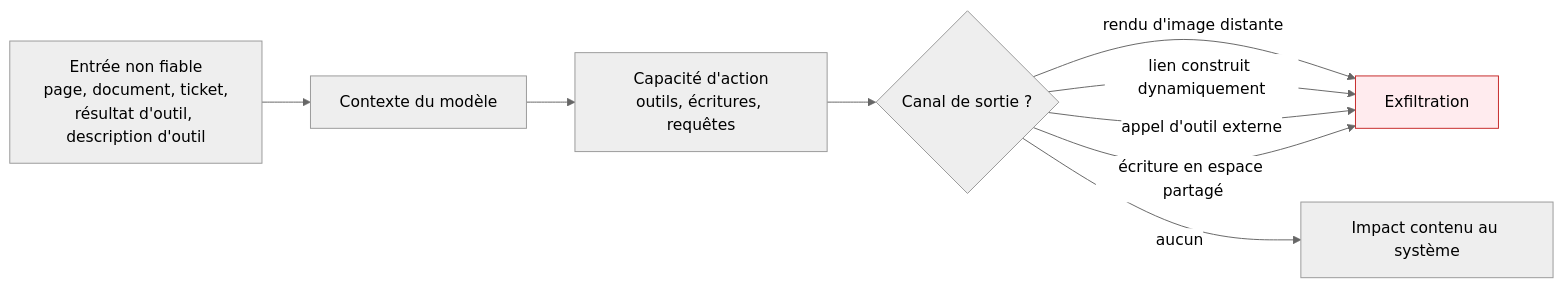
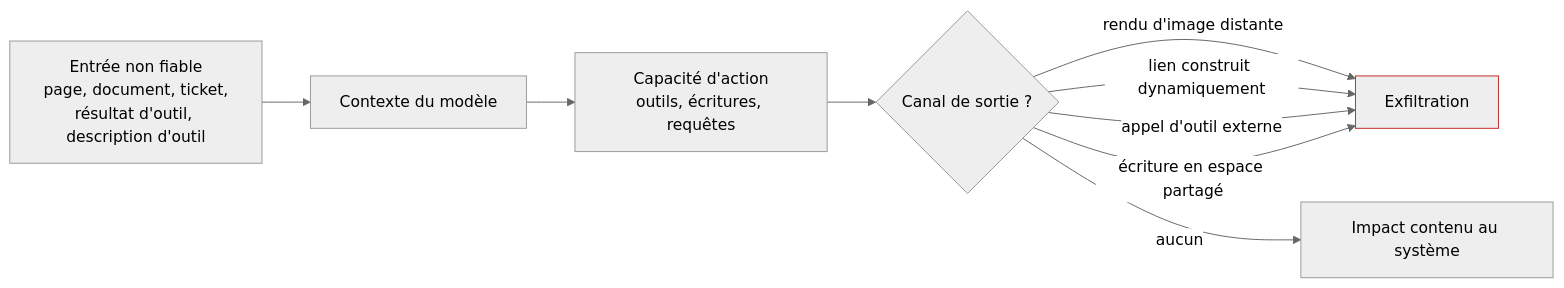
One commit to floSa/Atlas-Metiers-Roadmaps changed the diagram in content/parcours/ai-red-teaming/injection-de-prompt.md. Above: the diagram before and after it, drawn with Mermaid (neutral theme). The commit also changed 28 other files, not shown here.

Commit message:
Schemas lisibles dans les deux themes, et retour au niveau superieur sur toutes les pages

````diff
--- a/content/parcours/ai-red-teaming/injection-de-prompt.md
+++ b/content/parcours/ai-red-teaming/injection-de-prompt.md
@@ -15,14 +15,14 @@
 ```mermaid
 flowchart LR
   E["Entrée non fiable<br/>page, document, ticket,<br/>résultat d'outil, description d'outil"] --> CTX["Contexte du modèle"]
   CTX --> ACT["Capacité d'action<br/>outils, écritures, requêtes"]
   ACT --> OUT{"Canal de sortie ?"}
   OUT -->|"rendu d'image distante"| X["Exfiltration"]
   OUT -->|"lien construit dynamiquement"| X
   OUT -->|"appel d'outil externe"| X
   OUT -->|"écriture en espace partagé"| X
   OUT -->|"aucun"| Z["Impact contenu au système"]
 
-  classDef chaude fill:#ffebee,stroke:#c62828,stroke-width:1px
+  classDef chaude stroke:#c62828,stroke-width:1px
   class X chaude
 ```
````
